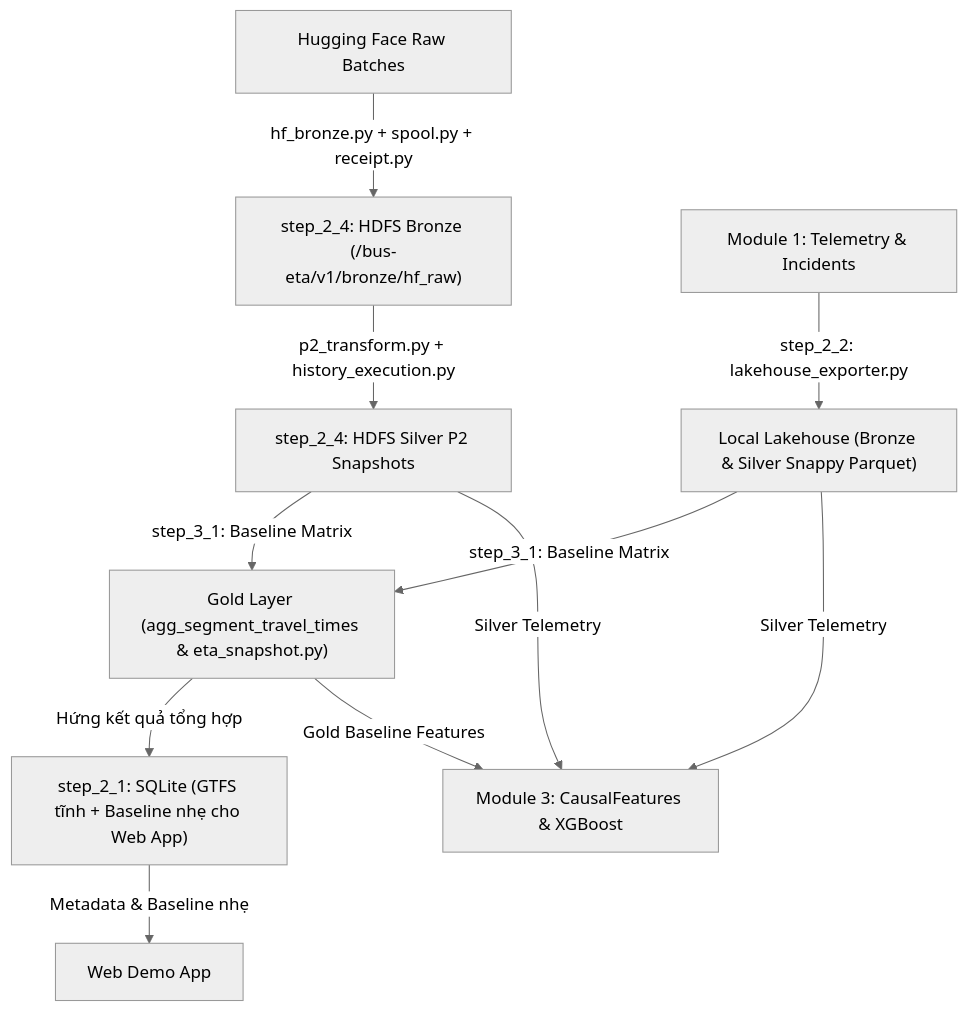
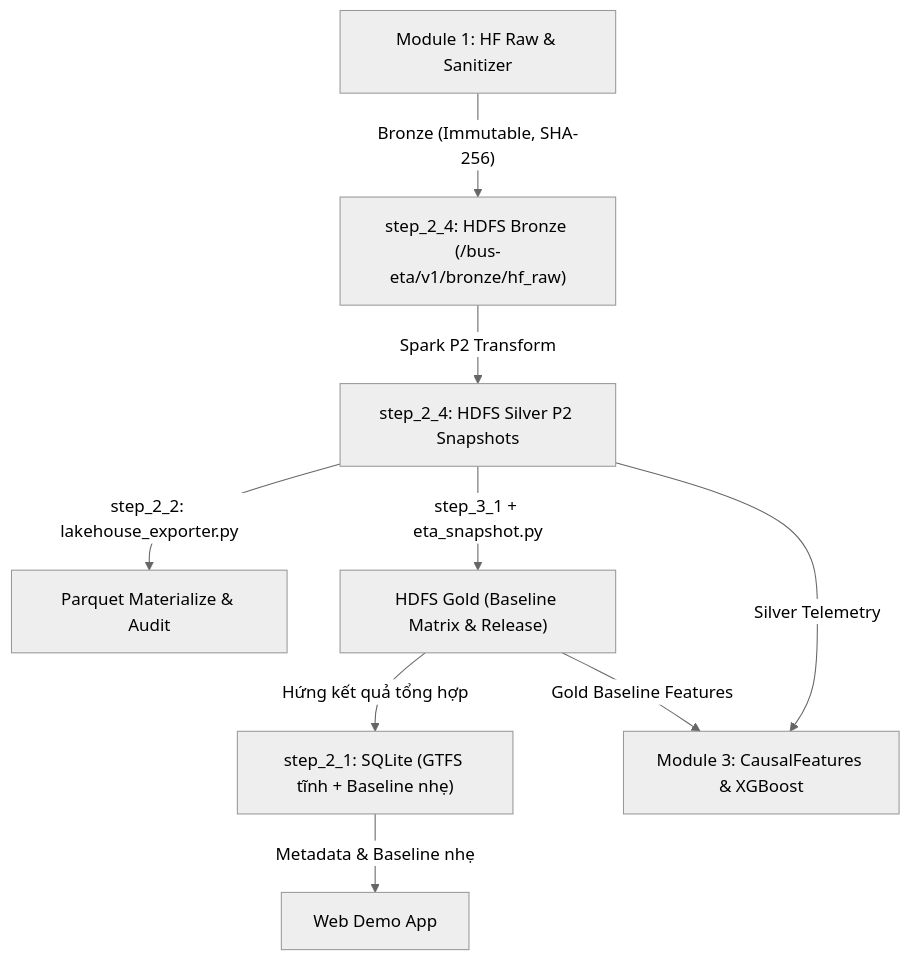
The diagram in module_2_big_data_storage_and_lakehouse/README.md (toibinguz/Bus_tracking), drawn with Mermaid (neutral theme) before and after one commit. The commit also changed other lines of this file and 3 other files, not shown here.

Commit message:
docs: enforce single HDFS-first ingestion/storage flow without shadow local raw/lakehouse bypass

````diff
--- a/module_2_big_data_storage_and_lakehouse/README.md
+++ b/module_2_big_data_storage_and_lakehouse/README.md
@@ -9,11 +9,11 @@
 ```mermaid
 flowchart TD
-    HF["Hugging Face Raw Batches"] -->|"hf_bronze.py + spool.py + receipt.py"| HBR["step_2_4: HDFS Bronze (/bus-eta/v1/bronze/hf_raw)"]
-    HBR -->|"p2_transform.py + history_execution.py"| HSIL["step_2_4: HDFS Silver P2 Snapshots"]
-    M1["Module 1: Telemetry & Incidents"] -->|"step_2_2: lakehouse_exporter.py"| LSIL["Local Lakehouse (Bronze & Silver Snappy Parquet)"]
-    HSIL & LSIL -->|"step_3_1: Baseline Matrix"| GOLD["Gold Layer (agg_segment_travel_times & eta_snapshot.py)"]
-    GOLD -->|"Hứng kết quả tổng hợp"| S21["step_2_1: SQLite (GTFS tĩnh + Baseline nhẹ cho Web App)"]
-    HSIL & LSIL -->|"Silver Telemetry"| M3["Module 3: CausalFeatures & XGBoost"]
+    M1["Module 1: HF Raw & Sanitizer"] -->|"Bronze (Immutable, SHA-256)"| S24B["step_2_4: HDFS Bronze (/bus-eta/v1/bronze/hf_raw)"]
+    S24B -->|"Spark P2 Transform"| S24S["step_2_4: HDFS Silver P2 Snapshots"]
+    S24S -->|"step_2_2: lakehouse_exporter.py"| S22["Parquet Materialize & Audit"]
+    S24S -->|"step_3_1 + eta_snapshot.py"| GOLD["HDFS Gold (Baseline Matrix & Release)"]
+    GOLD -->|"Hứng kết quả tổng hợp"| S21["step_2_1: SQLite (GTFS tĩnh + Baseline nhẹ)"]
+    S24S -->|"Silver Telemetry"| M3["Module 3: CausalFeatures & XGBoost"]
     GOLD -->|"Gold Baseline Features"| M3
     S21 -->|"Metadata & Baseline nhẹ"| WEB["Web Demo App"]
 ```
````
